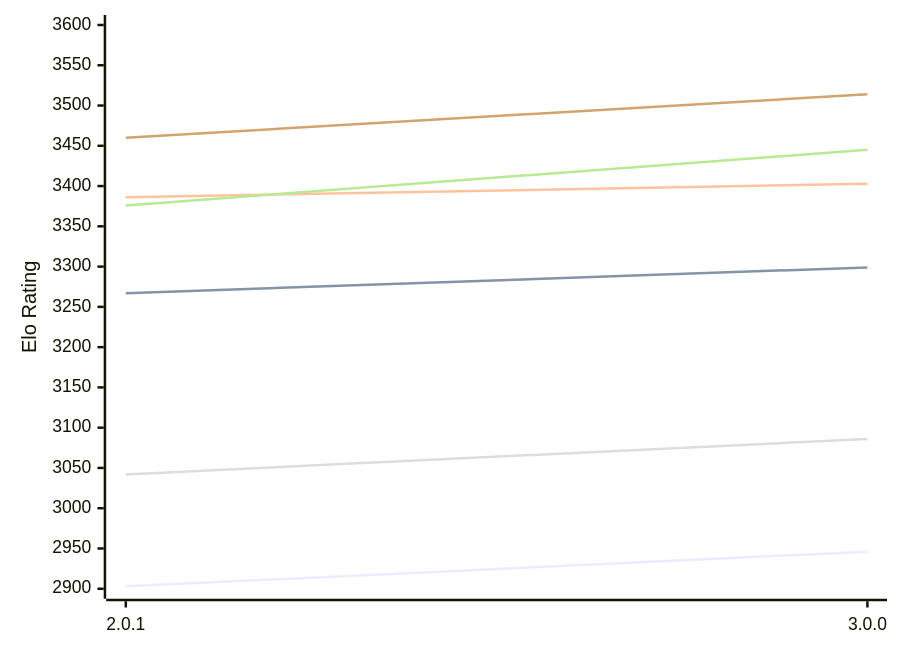
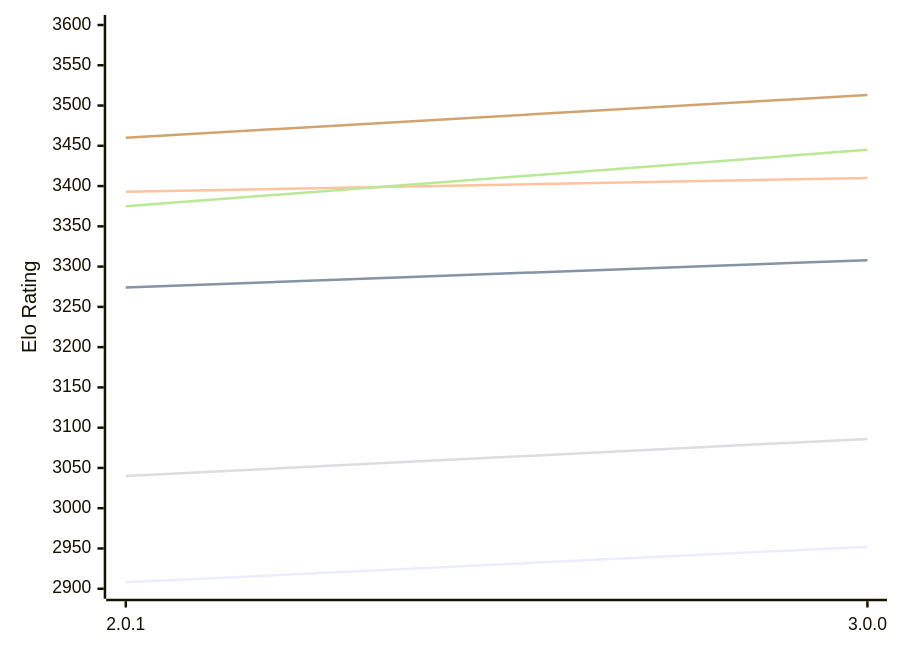
The first of 2 diagrams in engines/Grail.md (computer-chess-index/cci), drawn with Mermaid before and after one commit. The commit also changed other lines of this file, not shown here.

Commit message:
Update CCI Ratings (ELO VLTC) - 2026-11-10

````diff
--- a/engines/Grail.md
+++ b/engines/Grail.md
@@ -56,12 +56,12 @@
 ```mermaid
 %%{init: {"theme":"base","themeVariables":{"seriesColors:['#a3a3a3','#222221','#faa371']}}}%%
 xychart-beta
   x-axis ["2.0.1", "3.0.0"]
   y-axis "Elo Rating" 2900 --> 3600
-  line "E1: STC (8.0+0.08s)" [2903, 2946]
-  line "E1: LTC (60.0+0.60s)" [3267, 3299]
-  line "E1: VLTC (2m24s+1.12s)" [3386, 3403]
-  line "P1: STC (8.0+0.08s)" [3042, 3086]
-  line "P1: LTC (60.0+0.60s)" [3376, 3445]
-  line "P1: VLTC (2m24s+1.12s)" [3460, 3514]
+  line "E1: STC (8.0+0.08s)" [2908, 2952]
+  line "E1: LTC (60.0+0.60s)" [3274, 3308]
+  line "E1: VLTC (2m24s+1.12s)" [3393, 3410]
+  line "P1: STC (8.0+0.08s)" [3040, 3086]
+  line "P1: LTC (60.0+0.60s)" [3375, 3445]
+  line "P1: VLTC (2m24s+1.12s)" [3460, 3513]
 ```
````
